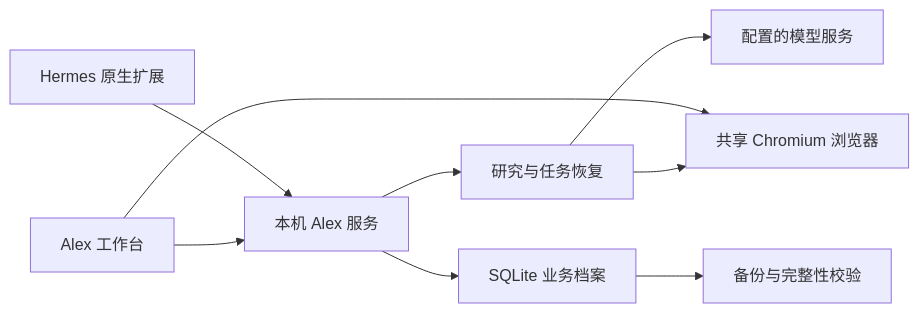
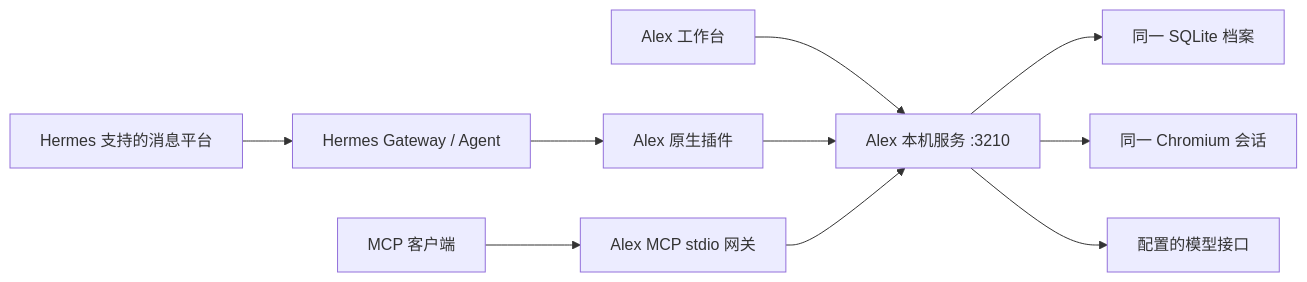
One commit to Xuxchloris/Alex changed the diagram in README.md. Above: the diagram before and after it, drawn with Mermaid. The commit also changed other lines of this file and 49 other files, not shown here.

````diff
--- a/README.md
+++ b/README.md
@@ -69,11 +77,12 @@
 ```mermaid
 flowchart LR
-  U[Alex 工作台] --> API[本机 Alex 服务]
-  H[Hermes 原生扩展] --> API
-  API --> R[研究与任务恢复]
-  R --> B[共享 Chromium 浏览器]
-  R --> L[配置的模型服务]
-  API --> S[SQLite 业务档案]
-  S --> BK[备份与完整性校验]
-  U --> B
+  WEB[Alex 工作台] --> API[Alex 本机服务 :3210]
+  CHANNEL[Hermes 支持的消息平台] --> H[Hermes Gateway / Agent]
+  H --> PLUGIN[Alex 原生插件]
+  PLUGIN --> API
+  CLIENT[MCP 客户端] --> MCP[Alex MCP stdio 网关]
+  MCP --> API
+  API --> DB[同一 SQLite 档案]
+  API --> B[同一 Chromium 会话]
+  API --> L[配置的模型接口]
 ```
````
